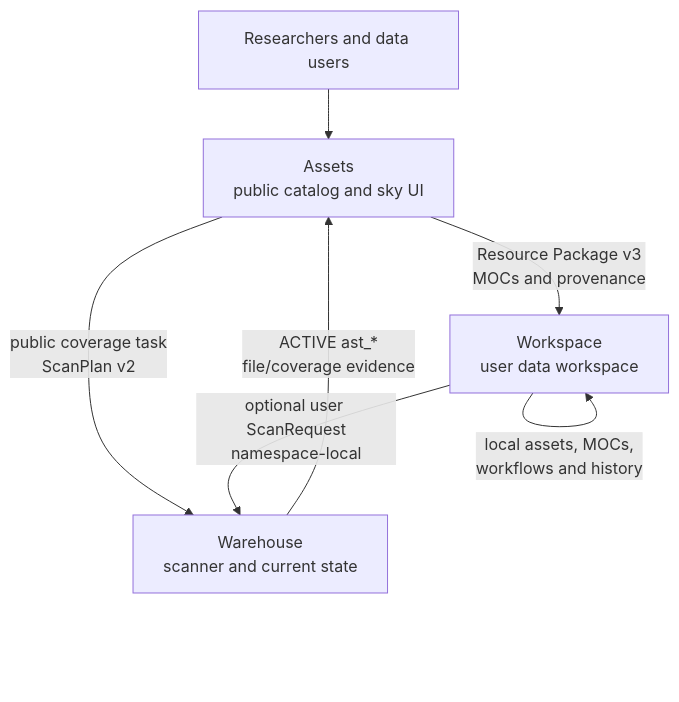
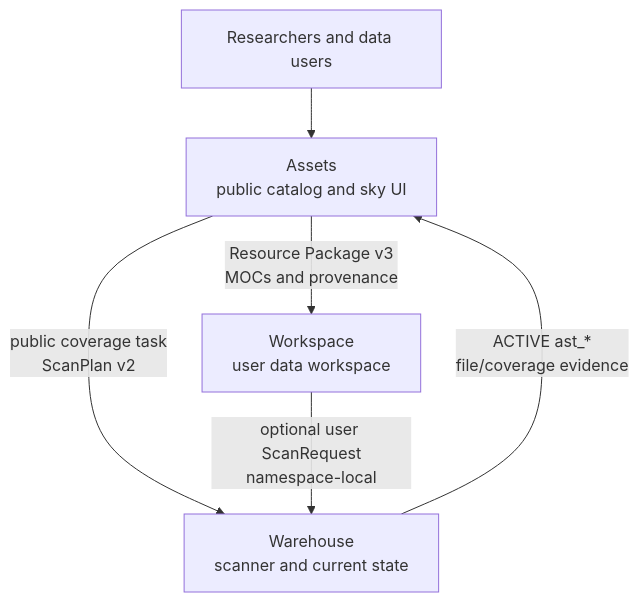
The first of 2 diagrams in README.md (Astro-Survey-Atlas/Assets), drawn with Mermaid before and after one commit. The commit also changed other lines of this file and 72 other files, not shown here.

````diff
--- a/README.md
+++ b/README.md
@@ -104,9 +79,8 @@
 ```mermaid
 flowchart TB
-  U[Researchers and data users] --> A[Assets\npublic catalog and sky UI]
-  A -->|public coverage task\nScanPlan v2| W[Warehouse\nscanner and current state]
-  W -->|ACTIVE ast_*\nfile/coverage evidence| A
-  A -->|Resource Package v3\nMOCs and provenance| X[Workspace\nuser data workspace]
-  X -->|optional user ScanRequest\nnamespace-local| W
-  X -->|local assets, MOCs,\nworkflows and history| X
+  U[Researchers and data users] --> A[Assets<br/>public catalog and sky UI]
+  A -->|public coverage task<br/>ScanPlan v2| W[Warehouse<br/>scanner and current state]
+  W -->|ACTIVE ast_*<br/>file/coverage evidence| A
+  A -->|Resource Package v3<br/>MOCs and provenance| X[Workspace<br/>user data workspace]
+  X -->|optional user ScanRequest<br/>namespace-local| W
 ```
````
